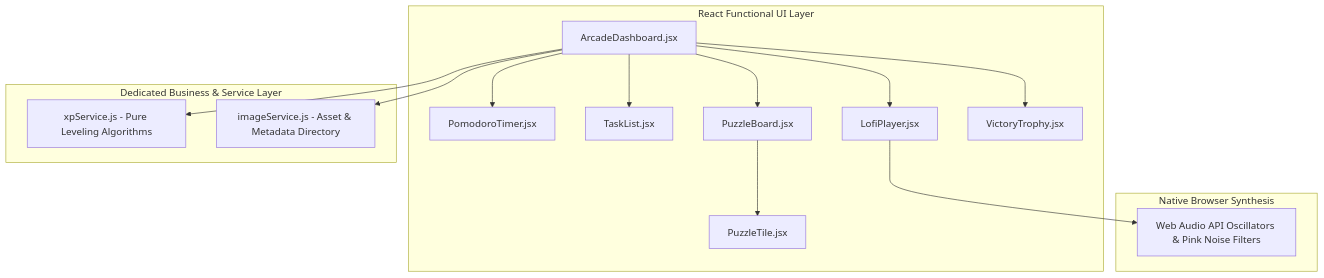
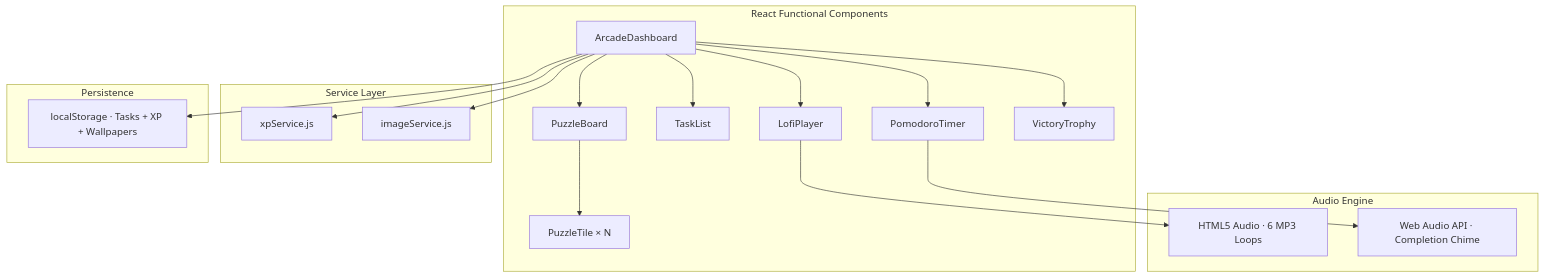
The diagram in README.md (1himanshu1804442/pomodoro-puzzle-studio), drawn with Mermaid before and after one commit. The commit also changed other lines of this file and 1 other file, not shown here.

Commit message:
docs: Add breathtaking hero showcase screenshot from clipboard and revamp README with feature tables, architecture diagram, and theme gallery

````diff
--- a/README.md
+++ b/README.md
@@ -27,24 +64,31 @@
 ```mermaid
 graph TD
-    subgraph Frontend [React Functional UI Layer]
-        AD[ArcadeDashboard.jsx] --> PT[PomodoroTimer.jsx]
-        AD --> TL[TaskList.jsx]
-        AD --> PB[PuzzleBoard.jsx]
-        AD --> LP[LofiPlayer.jsx]
-        AD --> VT[VictoryTrophy.jsx]
-        PB --> PTile[PuzzleTile.jsx]
+    subgraph UI ["React Functional Components"]
+        AD["ArcadeDashboard"] --> PT["PomodoroTimer"]
+        AD --> TL["TaskList"]
+        AD --> PB["PuzzleBoard"]
+        AD --> LP["LofiPlayer"]
+        AD --> VT["VictoryTrophy"]
+        PB --> PTile["PuzzleTile × N"]
     end
 
-    subgraph BusinessLogic [Dedicated Business & Service Layer]
-        XP[xpService.js - Pure Leveling Algorithms]
-        IMG[imageService.js - Asset & Metadata Directory]
+    subgraph Services ["Service Layer"]
+        XP["xpService.js"]
+        IMG["imageService.js"]
     end
 
-    subgraph AudioEngine [Native Browser Synthesis]
-        WEB[Web Audio API Oscillators & Pink Noise Filters]
+    subgraph Audio ["Audio Engine"]
+        MP3["HTML5 Audio · 6 MP3 Loops"]
+        WAC["Web Audio API · Completion Chime"]
+    end
+
+    subgraph Storage ["Persistence"]
+        LS["localStorage · Tasks + XP + Wallpapers"]
     end
 
     AD --> XP
     AD --> IMG
-    LP --> WEB
+    LP --> MP3
+    PT --> WAC
+    AD --> LS
 ```
````
